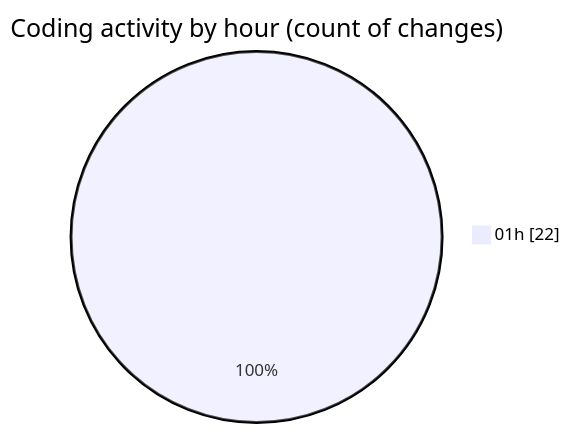
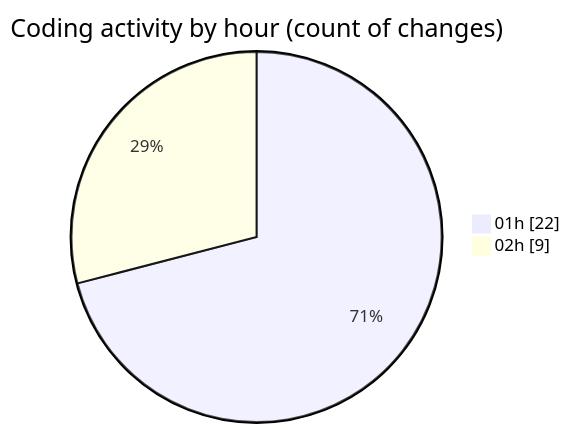
Before and after one commit to lephambinh05/code-tracking: the second of 2 diagrams in 2025-09-17/quytuthien_vn/README.md, drawn with Mermaid. The commit also changed other lines of this file and 1 other file, not shown here.

````diff
--- a/2025-09-17/quytuthien_vn/README.md
+++ b/2025-09-17/quytuthien_vn/README.md
@@ -41,5 +49,6 @@
 ```mermaid
 pie showData
 title Coding activity by hour (count of changes)
 "01h" : 22
+"02h" : 9
 ```
````
